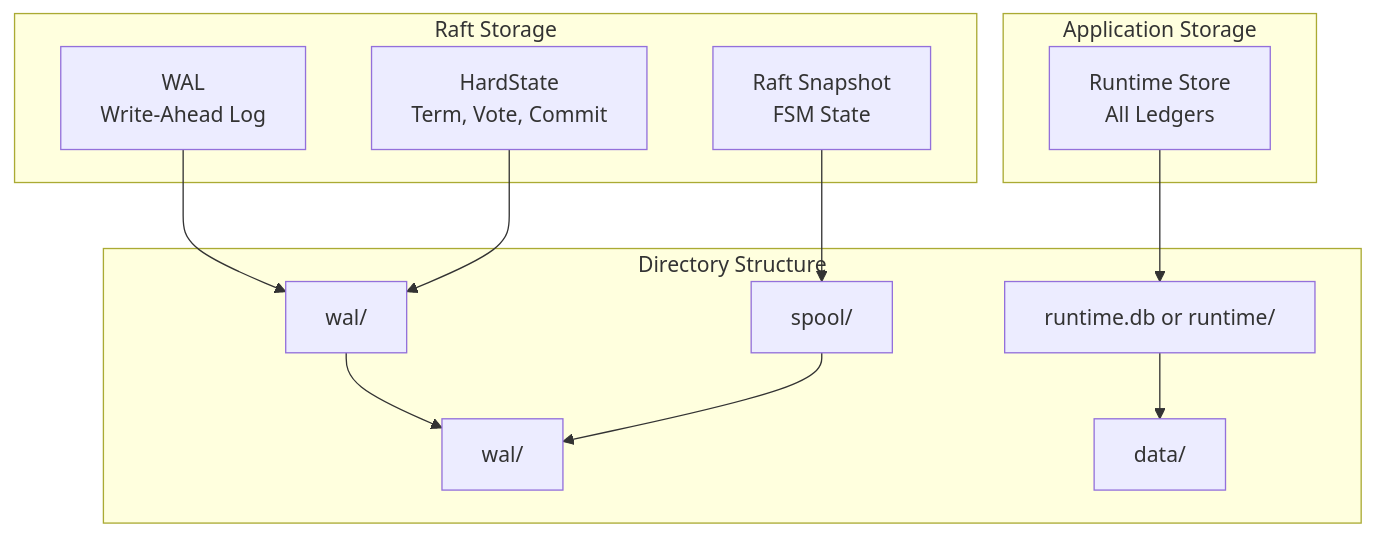
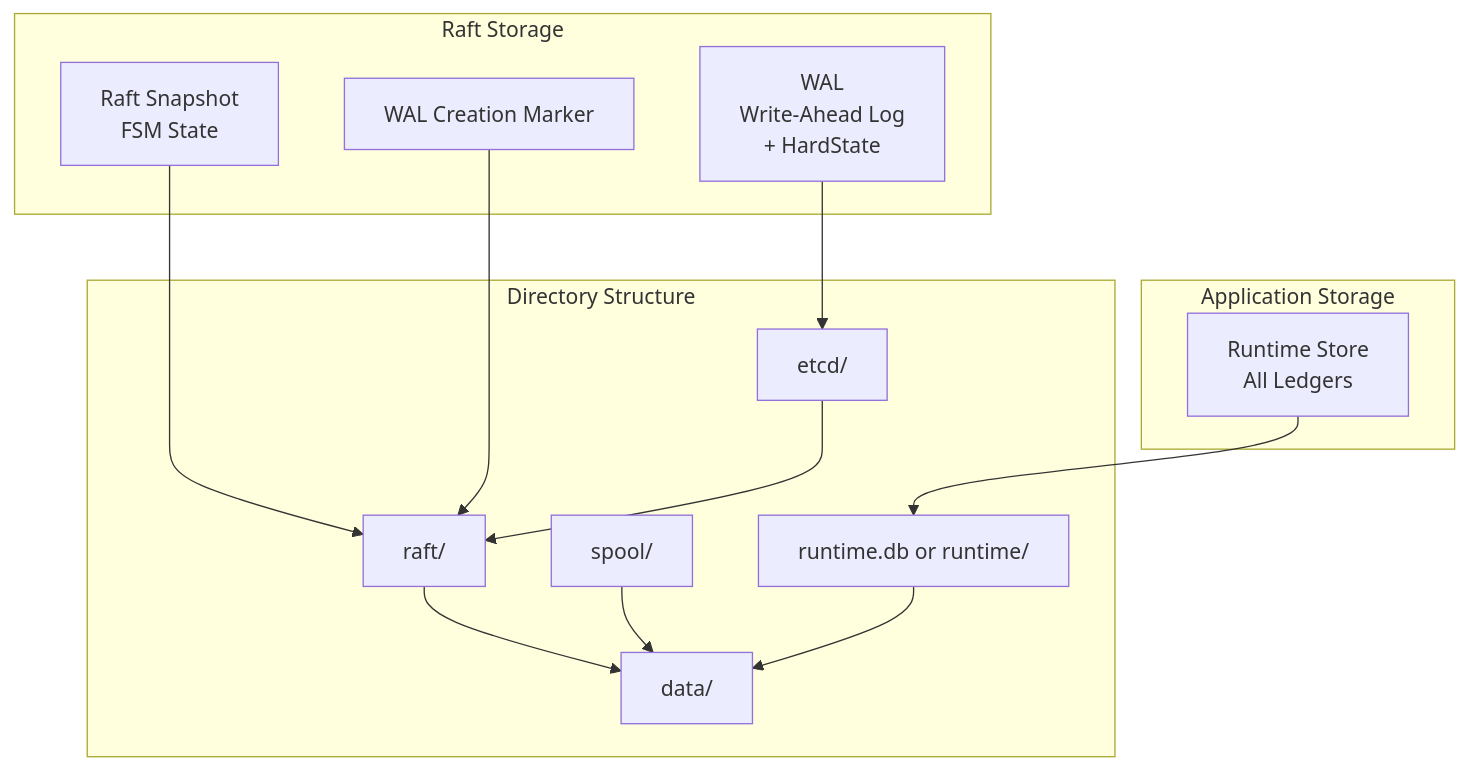
Before and after one commit to formancehq/ledger: the diagram in docs/storage.md, drawn with Mermaid. The commit also changed other lines of this file and 3 other files, not shown here.

Commit message:
feat: make wal creation more robust

````diff
--- a/docs/storage.md
+++ b/docs/storage.md
@@ -15,28 +15,29 @@
 ```mermaid
 graph TB
     subgraph "Raft Storage"
-        WAL[WAL<br/>Write-Ahead Log]
-        HardState[HardState<br/>Term, Vote, Commit]
+        WAL[WAL<br/>Write-Ahead Log<br/>+ HardState]
         Snapshot[Raft Snapshot<br/>FSM State]
+        Marker[WAL Creation Marker]
     end
     
     subgraph "Application Storage"
         RuntimeStore[Runtime Store<br/>All Ledgers]
     end
     
     subgraph "Directory Structure"
-        WalDir[wal/]
-        WalSubdir[wal/]
+        RaftDir[raft/]
+        EtcdDir[etcd/]
         SpoolDir[spool/]
         DataDir[data/]
         RuntimeDB[runtime.db or runtime/]
     end
     
-    WAL --> WalSubdir
-    HardState --> WalSubdir
-    Snapshot --> SpoolDir
-    WalSubdir --> WalDir
-    SpoolDir --> WalDir
+    WAL --> EtcdDir
+    Snapshot --> RaftDir
+    Marker --> RaftDir
+    EtcdDir --> RaftDir
+    RaftDir --> DataDir
+    SpoolDir --> DataDir
     RuntimeStore --> RuntimeDB
     RuntimeDB --> DataDir
 ```
````
